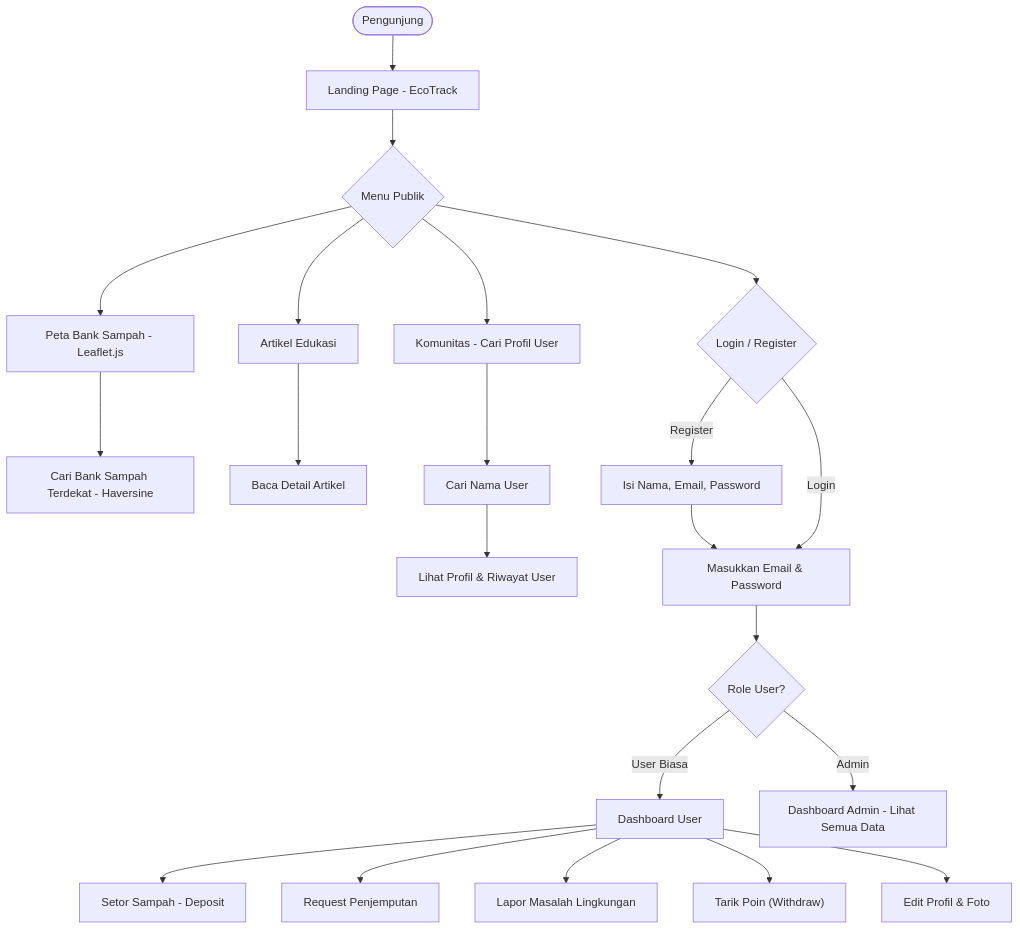
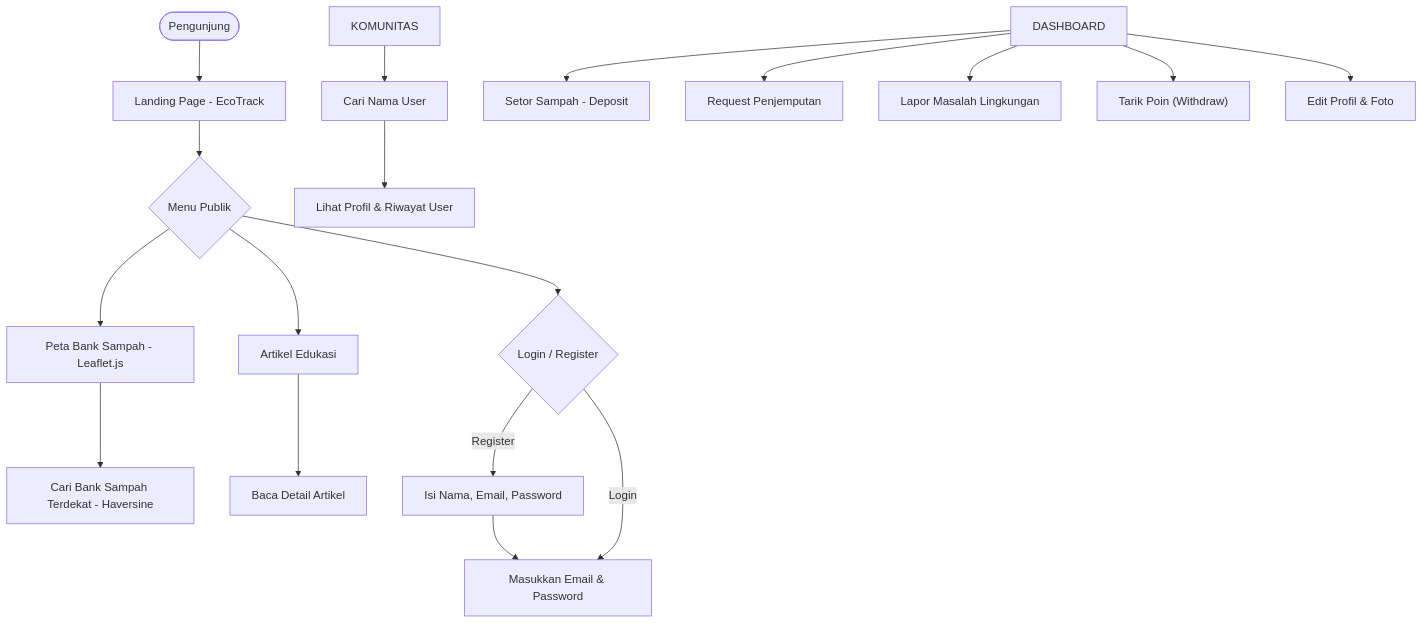
Before and after one commit to cimengabu/webPjbl: the first of 2 diagrams in README.md, drawn with Mermaid. The commit also changed other lines of this file, not shown here.

First line of the commit message:
Remove admin features and flowchart from README

````diff
--- a/README.md
+++ b/README.md
@@ -46,28 +36,23 @@
 ```mermaid
 flowchart TD
     START([Pengunjung]) --> LANDING[Landing Page - EcoTrack]
     LANDING --> PUBLIC_MENU{Menu Publik}
     PUBLIC_MENU --> PETA[Peta Bank Sampah - Leaflet.js]
     PUBLIC_MENU --> ARTIKEL_LIST[Artikel Edukasi]
-    PUBLIC_MENU --> KOMUNITAS[Komunitas - Cari Profil User]
     PUBLIC_MENU --> AUTH{Login / Register}
 
     PETA --> NEARBY[Cari Bank Sampah Terdekat - Haversine]
     ARTIKEL_LIST --> ARTIKEL_DETAIL[Baca Detail Artikel]
     KOMUNITAS --> SEARCH[Cari Nama User]
     SEARCH --> PROFIL_USER[Lihat Profil & Riwayat User]
 
     AUTH -->|Register| REG[Isi Nama, Email, Password]
     REG --> LOGIN
     AUTH -->|Login| LOGIN[Masukkan Email & Password]
-    LOGIN --> IS_ADMIN{Role User?}
-
-    IS_ADMIN -->|User Biasa| DASHBOARD[Dashboard User]
-    IS_ADMIN -->|Admin| DASHBOARD_ADMIN[Dashboard Admin - Lihat Semua Data]
 
     DASHBOARD --> D_DEPOSIT[Setor Sampah - Deposit]
     DASHBOARD --> D_PICKUP[Request Penjemputan]
     DASHBOARD --> D_REPORT[Lapor Masalah Lingkungan]
     DASHBOARD --> D_WITHDRAW["Tarik Poin (Withdraw)"]
     DASHBOARD --> D_PROFILE[Edit Profil & Foto]
 ```
````
